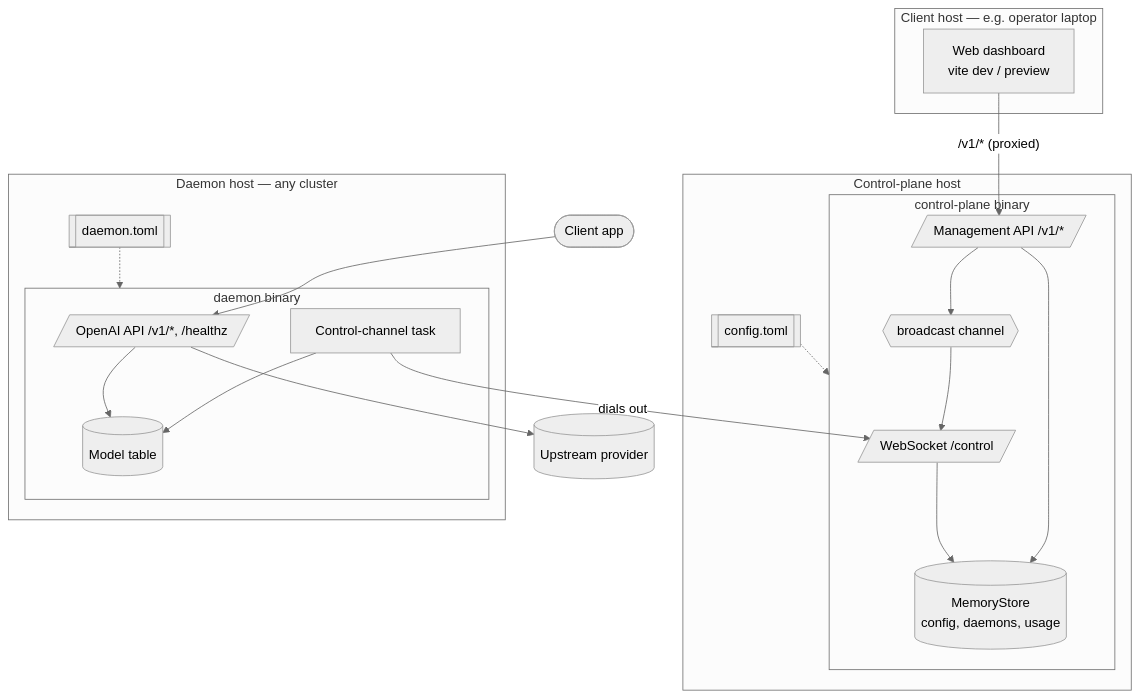
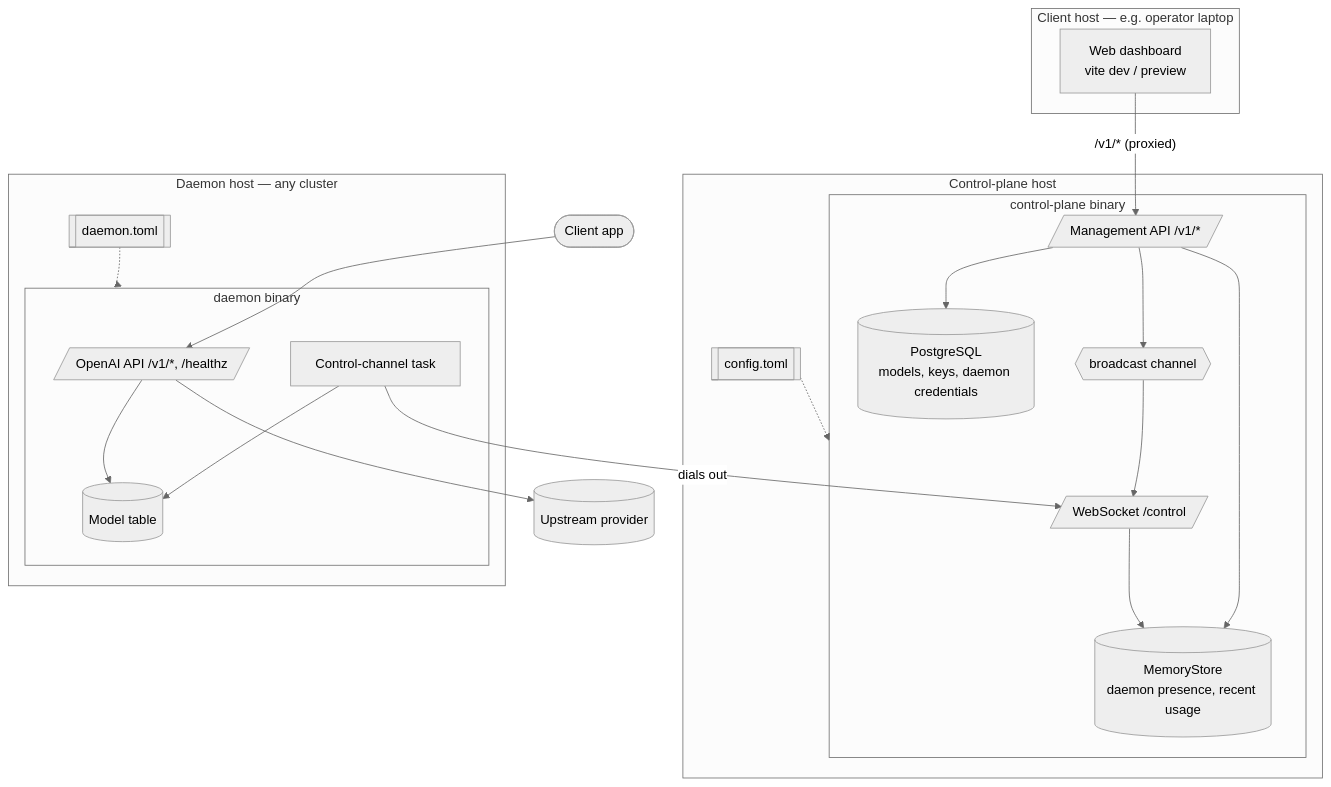
Before and after one commit to stkevintan/oneflow: the first of 5 diagrams in docs/L1-system-design.md, drawn with Mermaid (neutral theme). The commit also changed other lines of this file and 33 other files, not shown here.

Commit message:
daemon config downloadable

````diff
--- a/docs/L1-system-design.md
+++ b/docs/L1-system-design.md
@@ -14,39 +13,41 @@
 ```mermaid
 flowchart TB
     subgraph cphost[Control-plane host]
         subgraph cpbin[control-plane binary]
             ws[/"WebSocket /control"/]
             api[/"Management API /v1/*"/]
-            state[(MemoryStore<br/>config, daemons, usage)]
+            state[(MemoryStore<br/>daemon presence, recent usage)]
+            db[(PostgreSQL<br/>models, keys, daemon credentials)]
             bus{{broadcast channel}}
         end
         cfg1[[config.toml]]
     end
 
     subgraph dhost[Daemon host — any cluster]
         subgraph dbin[daemon binary]
             v1[/"OpenAI API /v1/*, /healthz"/]
             models[(Model table)]
             chan[Control-channel task]
         end
         cfg2[[daemon.toml]]
     end
 
     subgraph client[Client host — e.g. operator laptop]
         webui[Web dashboard<br/>vite dev / preview]
     end
 
     webui -- "/v1/* (proxied)" --> api
     app([Client app]) --> v1
     chan -- "dials out" --> ws
     v1 --> provider[(Upstream provider)]
 
     api --> state
+    api --> db
     api --> bus
     ws --> state
     bus --> ws
     chan --> models
     v1 --> models
     cfg1 -.-> cpbin
     cfg2 -.-> dbin
 ```
````
